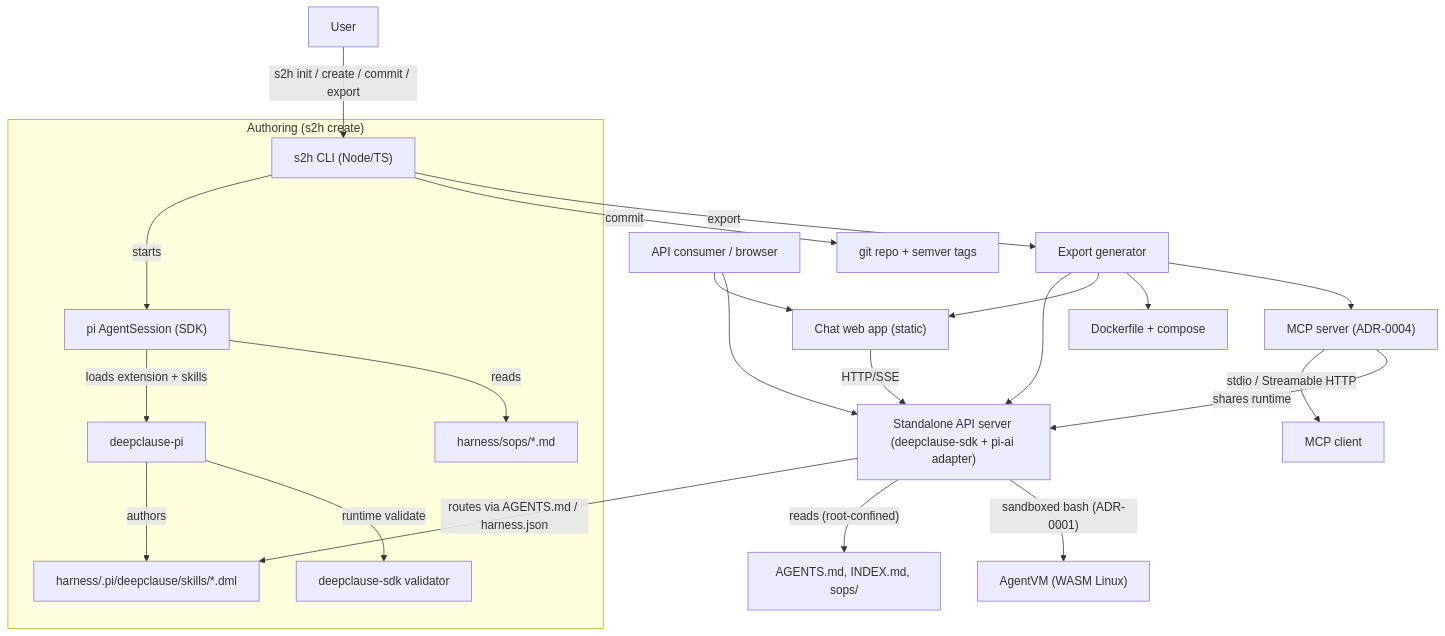
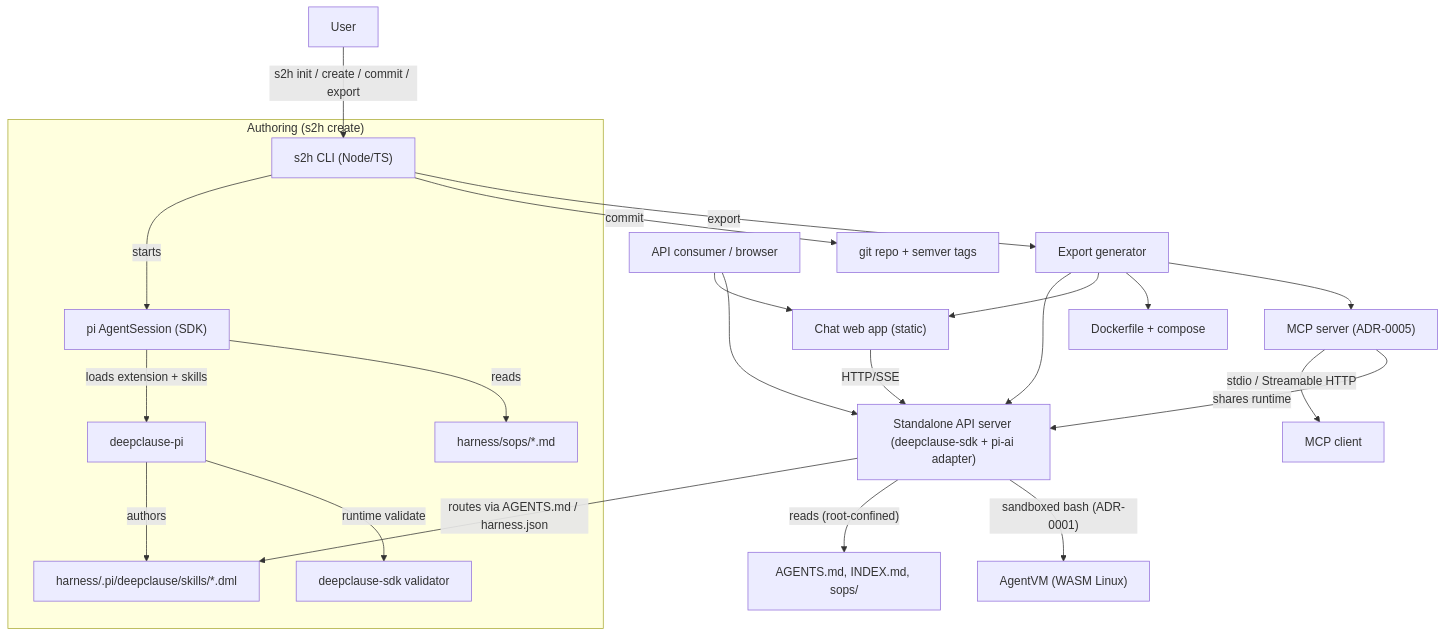
The diagram in docs/DESIGN.md (deepclause/sop2harness), drawn with Mermaid before and after one commit. The commit also changed other lines of this file and 4 other files, not shown here.

First line of the commit message:
design: simplify MCP to one generic run tool (ADR-0005)

````diff
--- a/docs/DESIGN.md
+++ b/docs/DESIGN.md
@@ -57,28 +57,28 @@
 ```mermaid
 flowchart TD
   U["User"] -->|"s2h init / create / commit / export"| CLI["s2h CLI (Node/TS)"]
 
   subgraph Authoring["Authoring (s2h create)"]
     CLI -->|"starts"| PI["pi AgentSession (SDK)"]
     PI -->|"loads extension + skills"| DCP["deepclause-pi"]
     PI -->|"reads"| SOPS["harness/sops/*.md"]
     DCP -->|"authors"| SK["harness/.pi/deepclause/skills/*.dml"]
     DCP -->|"runtime validate"| SDKV["deepclause-sdk validator"]
   end
 
   CLI -->|"commit"| GIT["git repo + semver tags"]
   CLI -->|"export"| GEN["Export generator"]
   GEN --> API["Standalone API server (deepclause-sdk + pi-ai adapter)"]
   GEN --> WEB["Chat web app (static)"]
   GEN --> DOCKER["Dockerfile + compose"]
 
   API -->|"routes via AGENTS.md / harness.json"| SK
   API -->|"reads (root-confined)"| DOCS["AGENTS.md, INDEX.md, sops/"]
   API -->|"sandboxed bash (ADR-0001)"| VM["AgentVM (WASM Linux)"]
   WEB -->|"HTTP/SSE"| API
   U2["API consumer / browser"] --> WEB
   U2 --> API
-  GEN --> MCP["MCP server (ADR-0004)"]
+  GEN --> MCP["MCP server (ADR-0005)"]
   MCP -->|"stdio / Streamable HTTP"| MCPC["MCP client"]
   MCP -->|"shares runtime"| API
 ```
````
